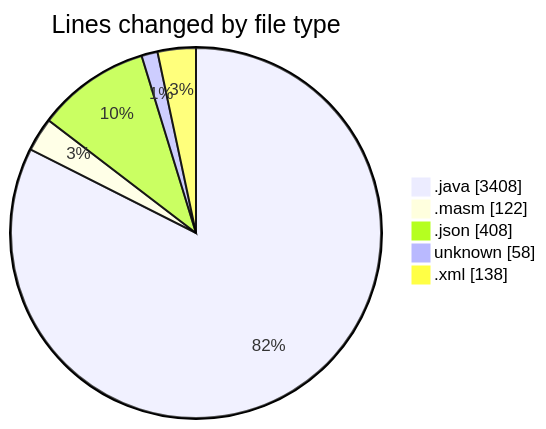
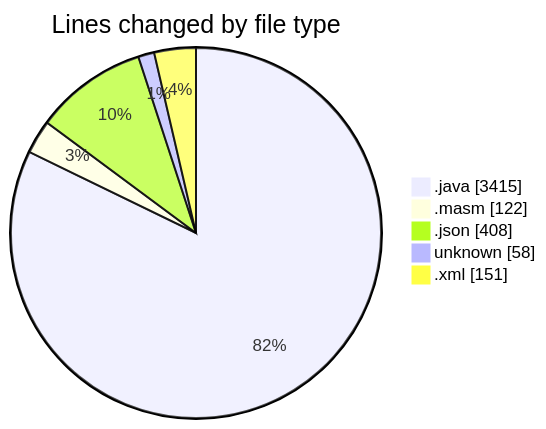
Before and after one commit to charlie-sans/code-tracking: the first of 2 diagrams in 2025-02-19/masm/README.md, drawn with Mermaid. The commit also changed other lines of this file and 1 other file, not shown here.

````diff
--- a/2025-02-19/masm/README.md
+++ b/2025-02-19/masm/README.md
@@ -41,9 +41,9 @@
 ```mermaid
 pie showData
 title Lines changed by file type
-".java" : 3408
+".java" : 3415
 ".masm" : 122
 ".json" : 408
 "unknown" : 58
-".xml" : 138
+".xml" : 151
 ```
````
